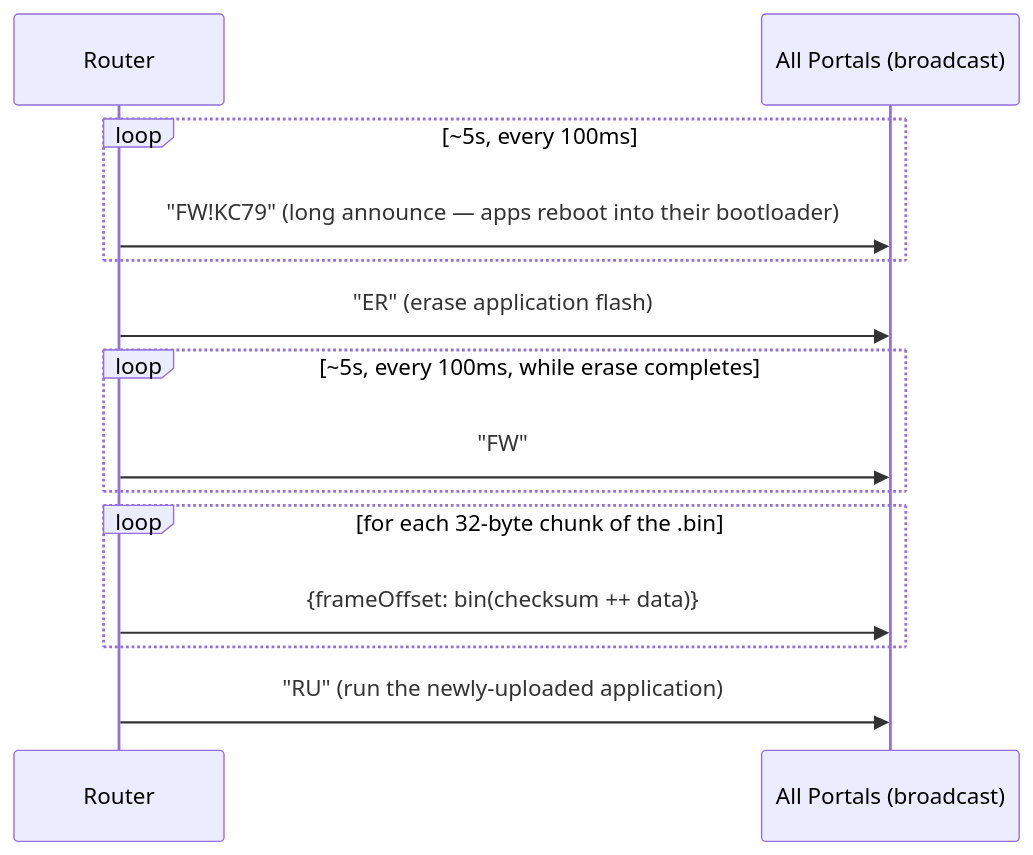
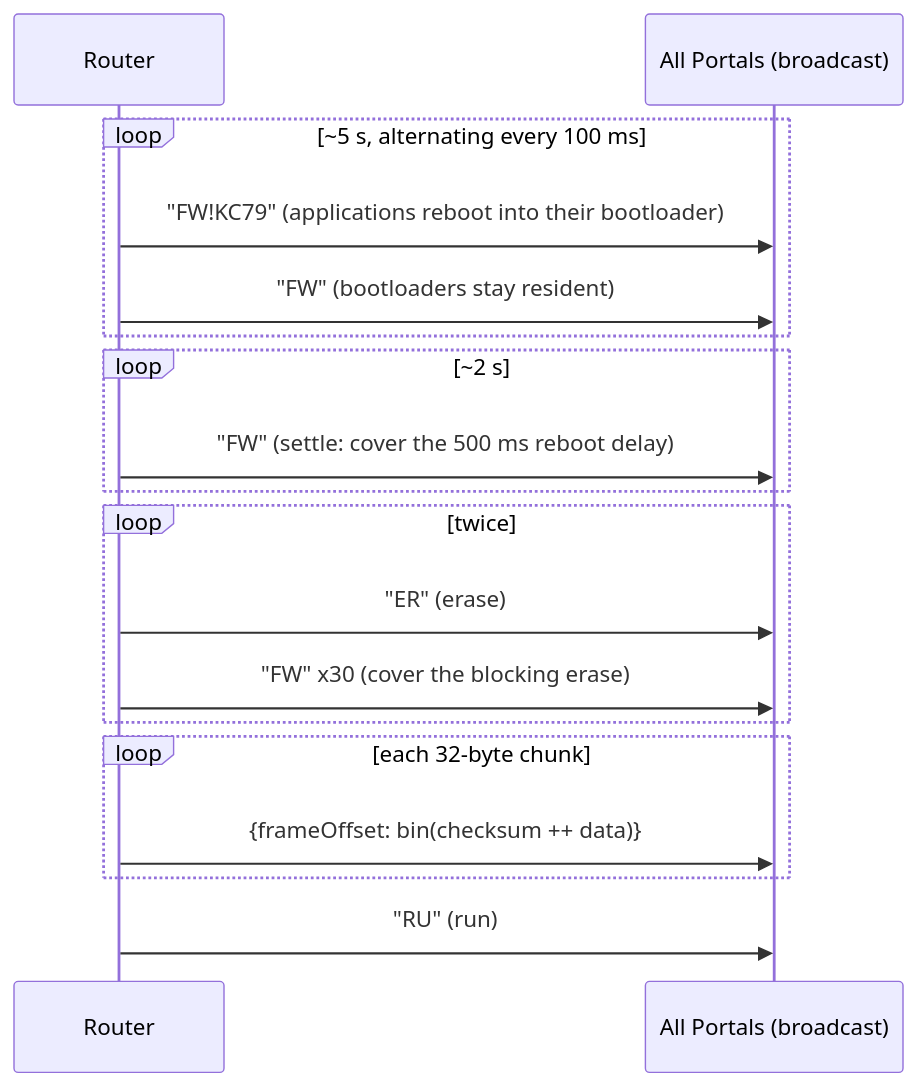
Before and after one commit to elliotwoods/KC79.Reworld: the sixth of 7 diagrams in Protocol.md, drawn with Mermaid. The commit also changed other lines of this file and 162 other files, not shown here.

First line of the commit message:
Migrate PortalBootloader off cube-import, add RouterRS bootloader/app-image support, and harden RS485 firmware update flow

````diff
--- a/Protocol.md
+++ b/Protocol.md
@@ -874,17 +915,21 @@
 ```mermaid
 sequenceDiagram
     participant R as Router
     participant All as All Portals (broadcast)
 
-    loop ~5s, every 100ms
-        R->>All: "FW!KC79"  (long announce — apps reboot into their bootloader)
+    loop ~5 s, alternating every 100 ms
+        R->>All: "FW!KC79"   (applications reboot into their bootloader)
+        R->>All: "FW"        (bootloaders stay resident)
     end
-    R->>All: "ER"  (erase application flash)
-    loop ~5s, every 100ms, while erase completes
-        R->>All: "FW"
+    loop ~2 s
+        R->>All: "FW"        (settle: cover the 500 ms reboot delay)
     end
-    loop for each 32-byte chunk of the .bin
+    loop twice
+        R->>All: "ER"        (erase)
+        R->>All: "FW" x30    (cover the blocking erase)
+    end
+    loop each 32-byte chunk
         R->>All: {frameOffset: bin(checksum ++ data)}
     end
-    R->>All: "RU"  (run the newly-uploaded application)
+    R->>All: "RU"            (run)
 ```
````
